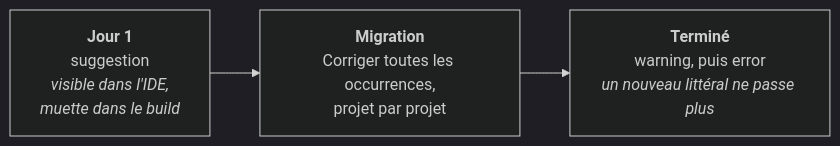
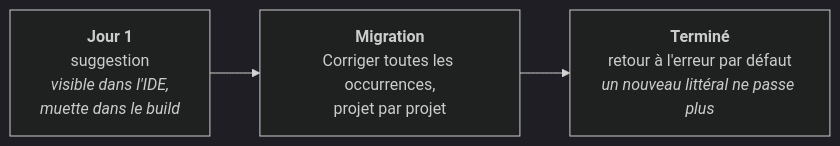
Before and after one commit to Reefact/diagnostic-catalog: the diagram in doc/guide/adopting-a-catalogue.fr.md, drawn with Mermaid (dark theme). The commit also changed other lines of this file and 7 other files, not shown here.

````diff
--- a/doc/guide/adopting-a-catalogue.fr.md
+++ b/doc/guide/adopting-a-catalogue.fr.md
@@ -41,7 +40,7 @@
 ```mermaid
 flowchart LR
     A["<b>Jour 1</b><br/>suggestion<br/><i>visible dans l'IDE,<br/>muette dans le build</i>"]
     B["<b>Migration</b><br/>Corriger toutes les occurrences,<br/>projet par projet"]
-    C["<b>Terminé</b><br/>warning, puis error<br/><i>un nouveau littéral ne passe plus</i>"]
+    C["<b>Terminé</b><br/>retour à l'erreur par défaut<br/><i>un nouveau littéral ne passe plus</i>"]
     A --> B --> C
 ```
````
